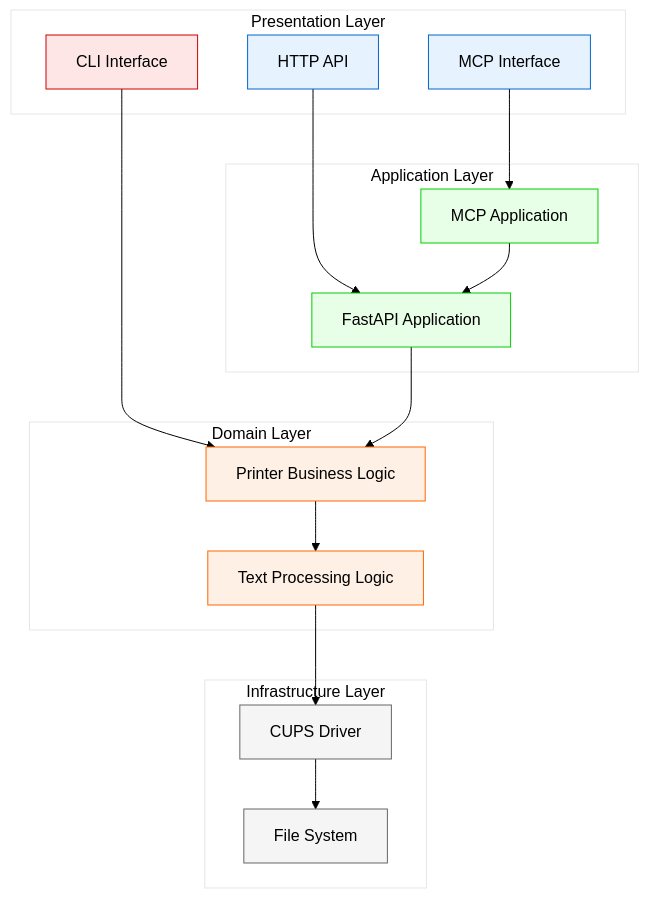
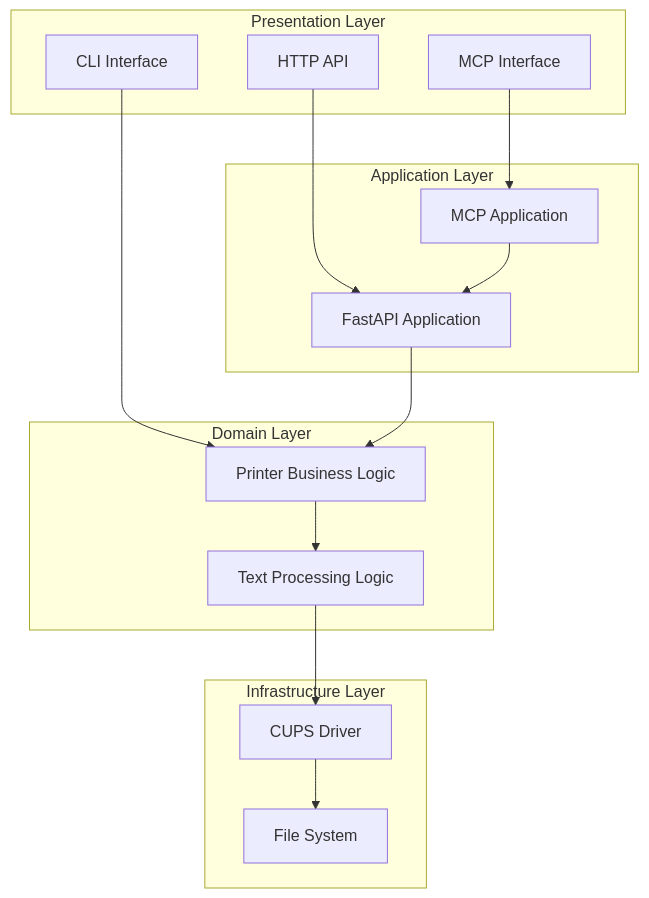
One commit to nicewook/receipt-printer changed the fourth of 5 diagrams in docs/architecture-overview.md. Above: the diagram before and after it, drawn with Mermaid. The commit also changed other lines of this file and 5 other files, not shown here.

First line of the commit message:
Fix documentation portal Mermaid rendering and clean up markdown files

````diff
--- a/docs/architecture-overview.md
+++ b/docs/architecture-overview.md
@@ -219,51 +166,33 @@
 ```mermaid
-%%{init: {
-  'theme': 'base',
-  'themeVariables': {
-    'primaryColor': '#ffffff',
-    'primaryTextColor': '#000000',
-    'primaryBorderColor': '#000000',
-    'lineColor': '#000000'
-  }
-}}%%
 graph TB
     subgraph "Presentation Layer"
         CLI_UI[CLI Interface]
         HTTP_UI[HTTP API]
         MCP_UI[MCP Interface]
     end
     
     subgraph "Application Layer"
         FASTAPI_APP[FastAPI Application]
         MCP_APP[MCP Application]
     end
     
     subgraph "Domain Layer"
         PRINTER_LOGIC[Printer Business Logic]
         TEXT_PROCESSING[Text Processing Logic]
     end
     
     subgraph "Infrastructure Layer"
         CUPS_DRIVER[CUPS Driver]
         FILE_SYSTEM[File System]
     end
     
     CLI_UI --> PRINTER_LOGIC
     HTTP_UI --> FASTAPI_APP
     MCP_UI --> MCP_APP
     FASTAPI_APP --> PRINTER_LOGIC
     MCP_APP --> FASTAPI_APP
     PRINTER_LOGIC --> TEXT_PROCESSING
     TEXT_PROCESSING --> CUPS_DRIVER
     CUPS_DRIVER --> FILE_SYSTEM
     
-    style CLI_UI fill:#ffe6e6,stroke:#cc0000,color:#000000
-    style HTTP_UI fill:#e6f3ff,stroke:#0066cc,color:#000000
-    style MCP_UI fill:#e6f3ff,stroke:#0066cc,color:#000000
-    style FASTAPI_APP fill:#e6ffe6,stroke:#00cc00,color:#000000
-    style MCP_APP fill:#e6ffe6,stroke:#00cc00,color:#000000
-    style PRINTER_LOGIC fill:#fff0e6,stroke:#ff6600,color:#000000
-    style TEXT_PROCESSING fill:#fff0e6,stroke:#ff6600,color:#000000
-    style CUPS_DRIVER fill:#f5f5f5,stroke:#666666,color:#000000
-    style FILE_SYSTEM fill:#f5f5f5,stroke:#666666,color:#000000
 ```
````
